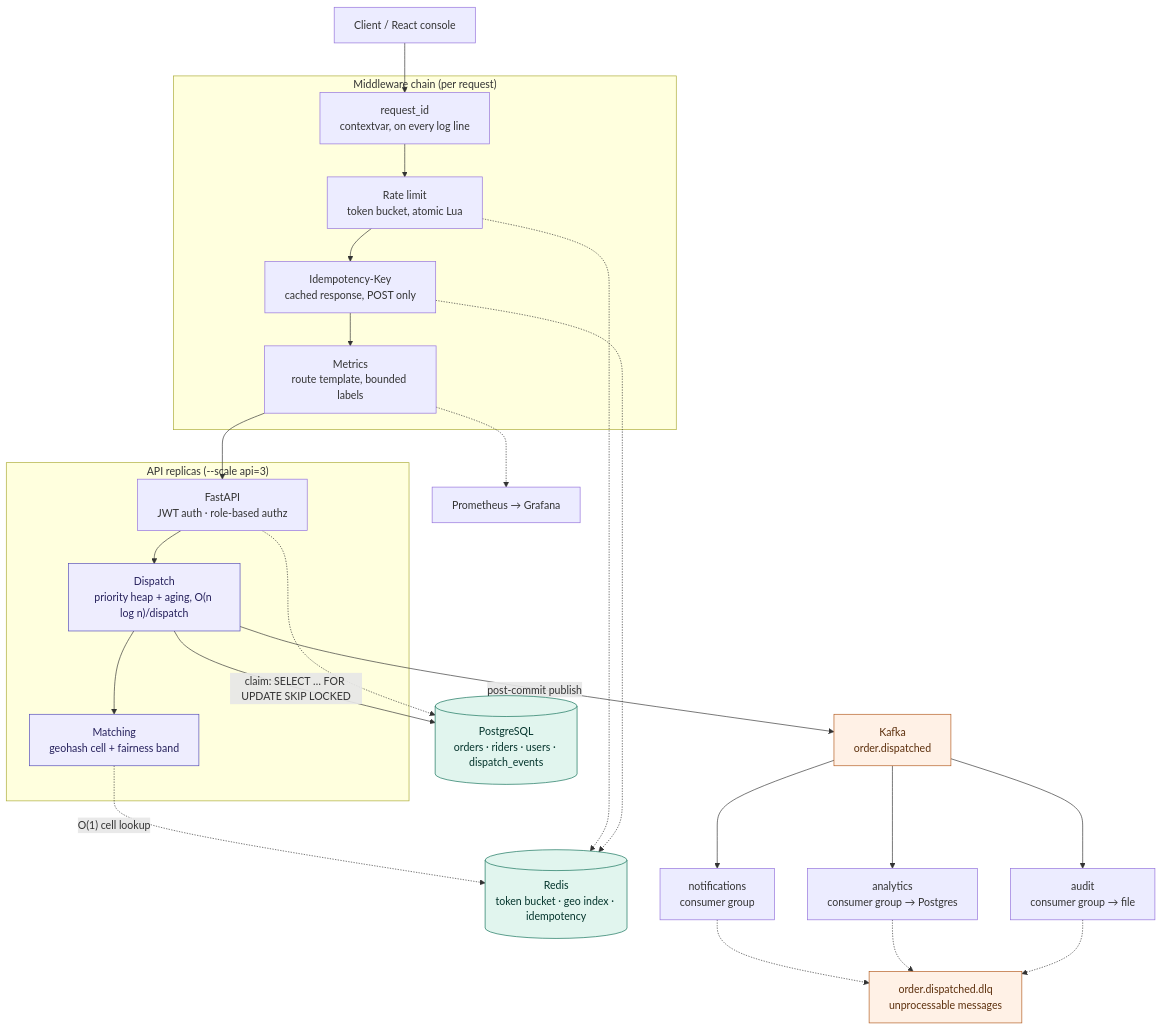
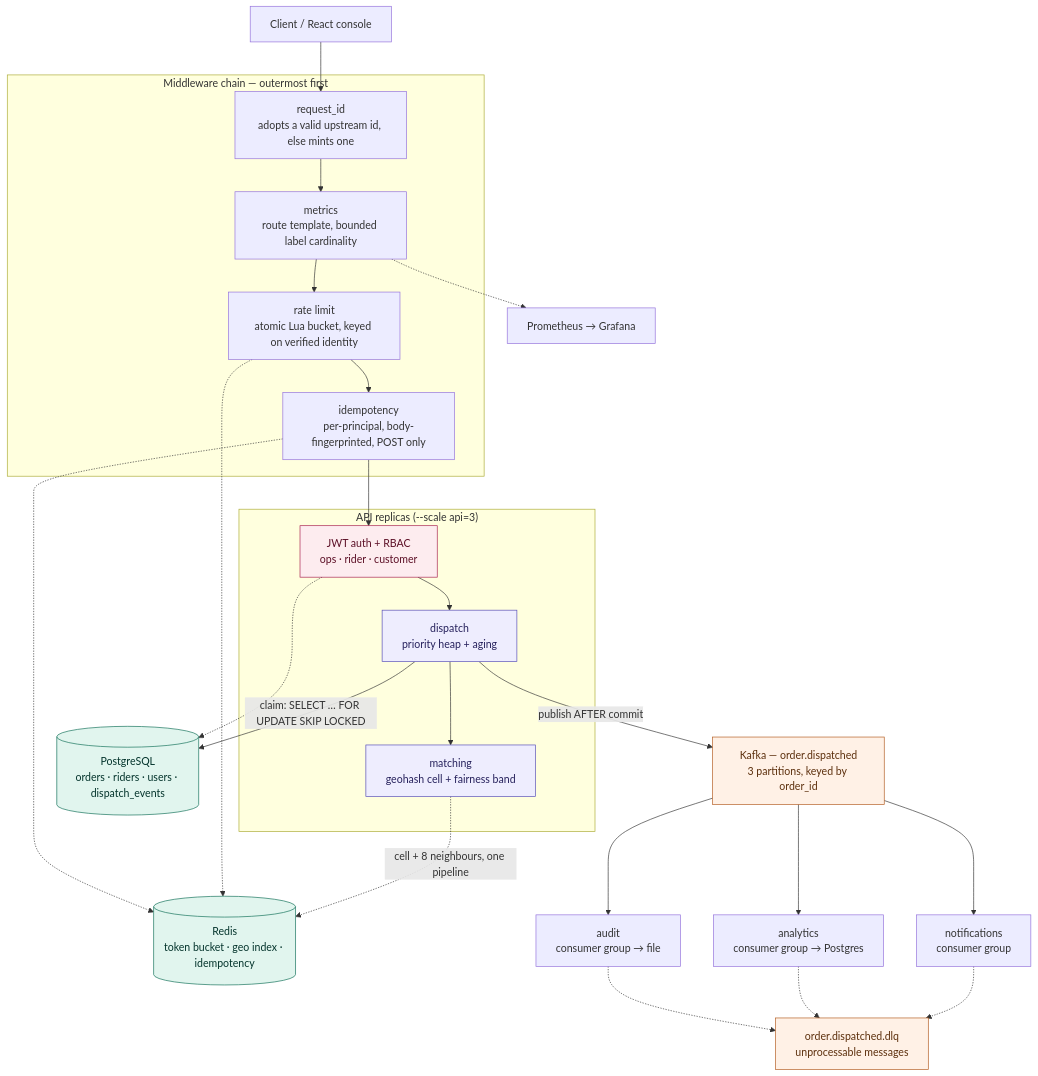
One commit to Shoryagg7/deliveriq changed the diagram in README.md. Above: the diagram before and after it, drawn with Mermaid. The commit also changed other lines of this file and 4 other files, not shown here.

````diff
--- a/README.md
+++ b/README.md
@@ -22,51 +22,53 @@
 ```mermaid
 flowchart TD
     Client["Client / React console"]
 
-    subgraph MW["Middleware chain (per request)"]
-        ReqID["request_id<br/>contextvar, on every log line"]
-        RL["Rate limit<br/>token bucket, atomic Lua"]
-        Idem["Idempotency-Key<br/>cached response, POST only"]
-        Met["Metrics<br/>route template, bounded labels"]
+    subgraph MW["Middleware chain — outermost first"]
+        ReqID["request_id<br/>adopts a valid upstream id, else mints one"]
+        Met["metrics<br/>route template, bounded label cardinality"]
+        RL["rate limit<br/>atomic Lua bucket, keyed on verified identity"]
+        Idem["idempotency<br/>per-principal, body-fingerprinted, POST only"]
     end
 
     subgraph REPLICAS["API replicas (--scale api=3)"]
-        API["FastAPI<br/>JWT auth · role-based authz"]
-        Dispatch["Dispatch<br/>priority heap + aging, O(n log n)/dispatch"]
-        Match["Matching<br/>geohash cell + fairness band"]
+        Auth["JWT auth + RBAC<br/>ops · rider · customer"]
+        Dispatch["dispatch<br/>priority heap + aging"]
+        Match["matching<br/>geohash cell + fairness band"]
     end
 
     Postgres[("PostgreSQL<br/>orders · riders · users · dispatch_events")]
     Redis[("Redis<br/>token bucket · geo index · idempotency")]
-    Kafka["Kafka<br/>order.dispatched"]
+    Kafka["Kafka — order.dispatched<br/>3 partitions, keyed by order_id"]
     DLQ["order.dispatched.dlq<br/>unprocessable messages"]
     Obs["Prometheus → Grafana"]
 
     Notif["notifications<br/>consumer group"]
     Analytics["analytics<br/>consumer group → Postgres"]
     Audit["audit<br/>consumer group → file"]
 
-    Client --> ReqID --> RL --> Idem --> Met --> API
-    API --> Dispatch
+    Client --> ReqID --> Met --> RL --> Idem --> Auth
+    Auth --> Dispatch
     Dispatch -->|"claim: SELECT … FOR UPDATE SKIP LOCKED"| Postgres
     Dispatch --> Match
-    Match -.->|"O(1) cell lookup"| Redis
-    Dispatch -->|"post-commit publish"| Kafka
+    Match -.->|"cell + 8 neighbours, one pipeline"| Redis
+    Dispatch -->|"publish AFTER commit"| Kafka
     RL -.-> Redis
     Idem -.-> Redis
-    API -.-> Postgres
+    Auth -.-> Postgres
     Met -.-> Obs
     Kafka --> Notif
     Kafka --> Analytics
     Kafka --> Audit
     Notif -.-> DLQ
     Analytics -.-> DLQ
     Audit -.-> DLQ
 
     classDef algo fill:#EEEDFE,stroke:#534AB7,color:#26215C;
     classDef store fill:#E1F5EE,stroke:#0F6E56,color:#04342C;
     classDef bus fill:#FFF1E6,stroke:#B25A1E,color:#5C2F0C;
+    classDef sec fill:#FDECEF,stroke:#A61E4D,color:#5C0F26;
     class Dispatch,Match algo;
     class Redis,Postgres store;
     class Kafka,DLQ bus;
+    class Auth sec;
 ```
````
